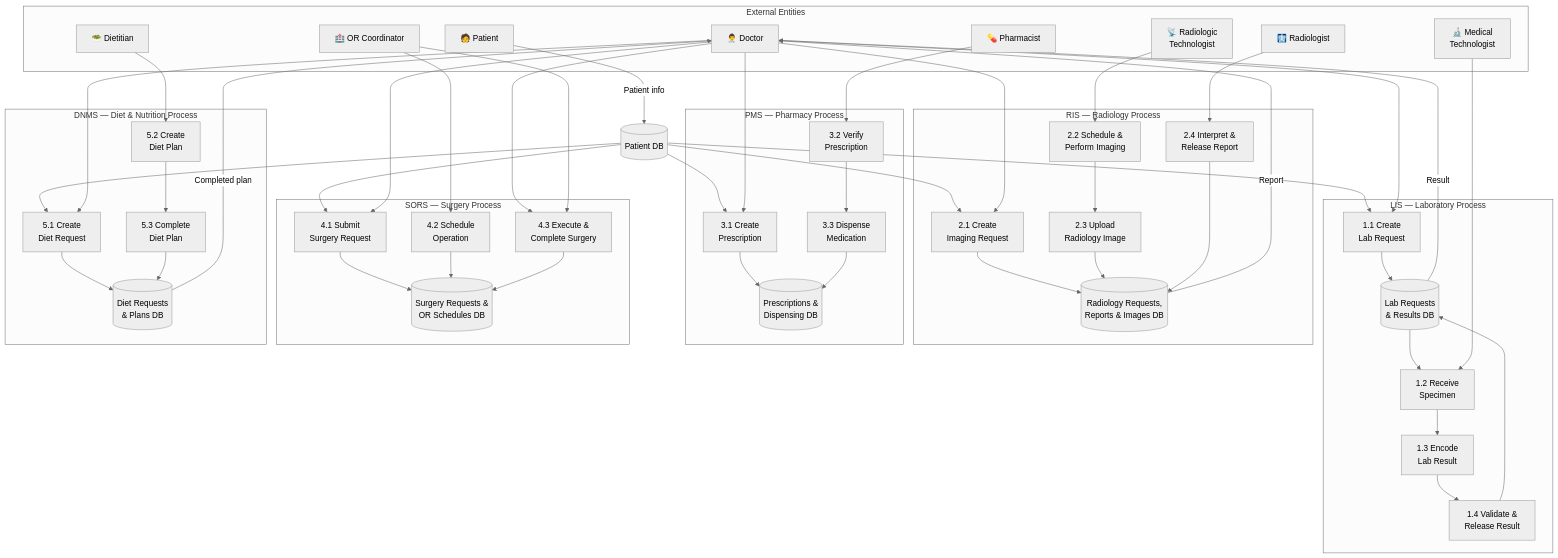
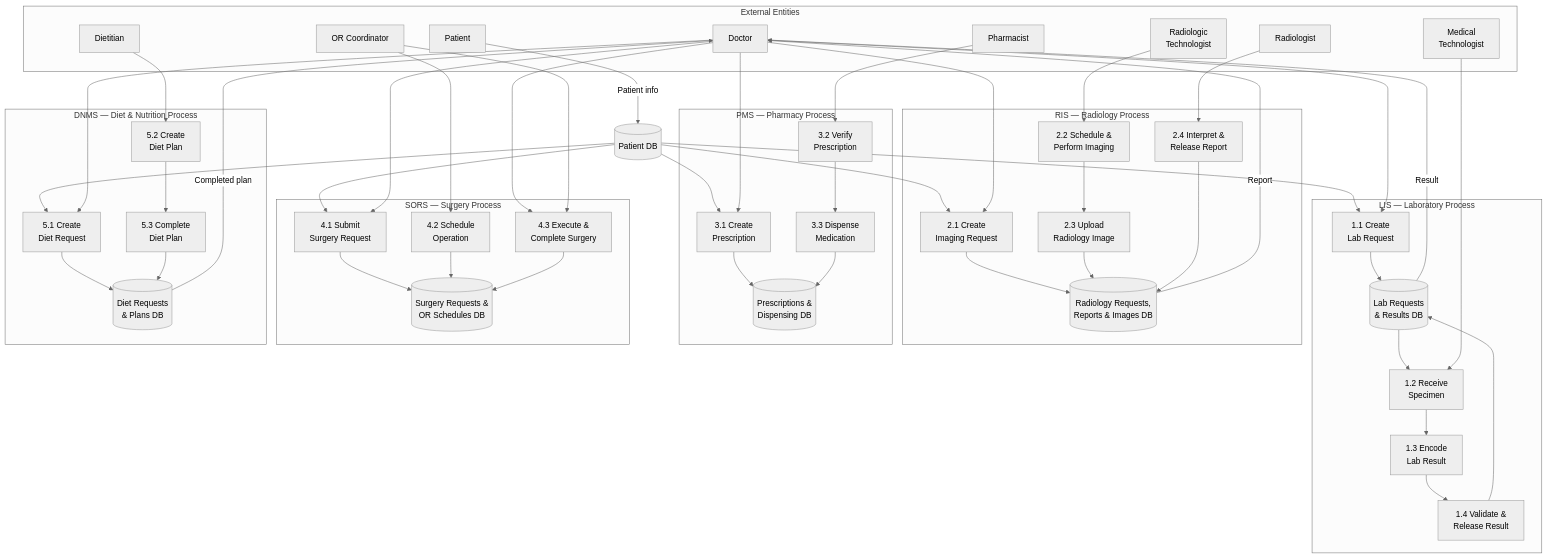
One commit to Lesthermonleon/DTCS changed diagram 11 of 14 in hims_14_diagrams.md. Above: the diagram before and after it, drawn with Mermaid (neutral theme). The commit also changed other lines of this file and 98 other files, not shown here.

Commit message:
feat: adopt ditc_hms_schema.sql as database single source of truth and remove obsolete migrations/seeders

````diff
--- a/hims_14_diagrams.md
+++ b/hims_14_diagrams.md
@@ -524,76 +524,76 @@
 ```mermaid
 graph TB
     subgraph ACTORS["External Entities"]
-        DOC["👨‍⚕️ Doctor"]
-        MEDTECH["🔬 Medical\nTechnologist"]
-        RADTECH["📡 Radiologic\nTechnologist"]
-        RAD["🩻 Radiologist"]
-        PHARM["💊 Pharmacist"]
-        DIET["🥗 Dietitian"]
-        ORC["🏥 OR Coordinator"]
-        PAT["🧑 Patient"]
+        DOC["Doctor"]
+        MEDTECH["Medical\nTechnologist"]
+        RADTECH["Radiologic\nTechnologist"]
+        RAD["Radiologist"]
+        PHARM["Pharmacist"]
+        DIET["Dietitian"]
+        ORC["OR Coordinator"]
+        PAT["Patient"]
     end
 
     subgraph LIS_FLOW["LIS — Laboratory Process"]
         P1_1["1.1 Create\nLab Request"]
         P1_2["1.2 Receive\nSpecimen"]
         P1_3["1.3 Encode\nLab Result"]
         P1_4["1.4 Validate &\nRelease Result"]
         DS_LAB[("Lab Requests\n& Results DB")]
     end
 
     subgraph RIS_FLOW["RIS — Radiology Process"]
         P2_1["2.1 Create\nImaging Request"]
         P2_2["2.2 Schedule &\nPerform Imaging"]
         P2_3["2.3 Upload\nRadiology Image"]
         P2_4["2.4 Interpret &\nRelease Report"]
         DS_RAD[("Radiology Requests,\nReports & Images DB")]
     end
 
     subgraph PMS_FLOW["PMS — Pharmacy Process"]
         P3_1["3.1 Create\nPrescription"]
         P3_2["3.2 Verify\nPrescription"]
         P3_3["3.3 Dispense\nMedication"]
         DS_PHARM[("Prescriptions &\nDispensing DB")]
     end
 
     subgraph SORS_FLOW["SORS — Surgery Process"]
         P4_1["4.1 Submit\nSurgery Request"]
         P4_2["4.2 Schedule\nOperation"]
         P4_3["4.3 Execute &\nComplete Surgery"]
         DS_SORS[("Surgery Requests &\nOR Schedules DB")]
     end
 
     subgraph DNMS_FLOW["DNMS — Diet & Nutrition Process"]
         P5_1["5.1 Create\nDiet Request"]
         P5_2["5.2 Create\nDiet Plan"]
         P5_3["5.3 Complete\nDiet Plan"]
         DS_DNMS[("Diet Requests\n& Plans DB")]
     end
 
     DS_PAT[("Patient DB")]
 
     PAT -->|Patient info| DS_PAT
     DS_PAT --> P1_1 & P2_1 & P3_1 & P4_1 & P5_1
 
     DOC --> P1_1 --> DS_LAB
     DS_LAB --> P1_2
     MEDTECH --> P1_2 --> P1_3 --> P1_4 --> DS_LAB
     DS_LAB -->|Result| DOC
 
     DOC --> P2_1 --> DS_RAD
     RADTECH --> P2_2 --> P2_3 --> DS_RAD
     RAD --> P2_4 --> DS_RAD
     DS_RAD -->|Report| DOC
 
     DOC --> P3_1 --> DS_PHARM
     PHARM --> P3_2 --> P3_3 --> DS_PHARM
 
     DOC --> P4_1 --> DS_SORS
     ORC --> P4_2 --> DS_SORS
     DOC & ORC --> P4_3 --> DS_SORS
 
     DOC --> P5_1 --> DS_DNMS
     DIET --> P5_2 --> P5_3 --> DS_DNMS
     DS_DNMS -->|Completed plan| DOC
 ```
````
